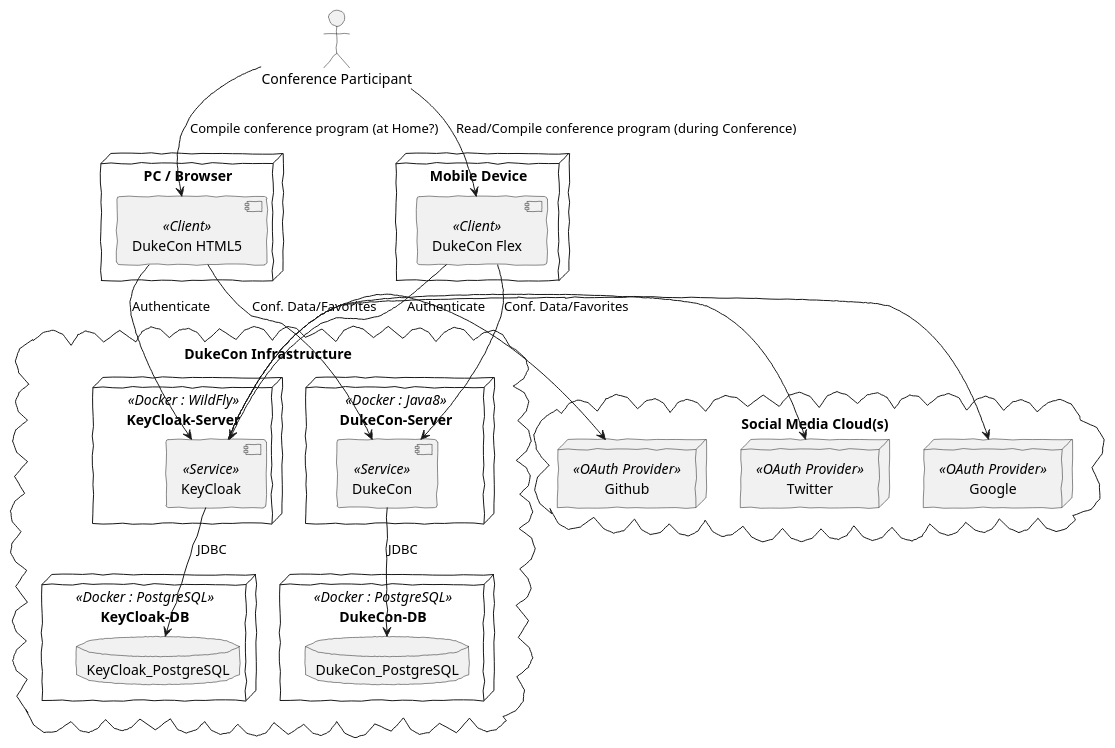
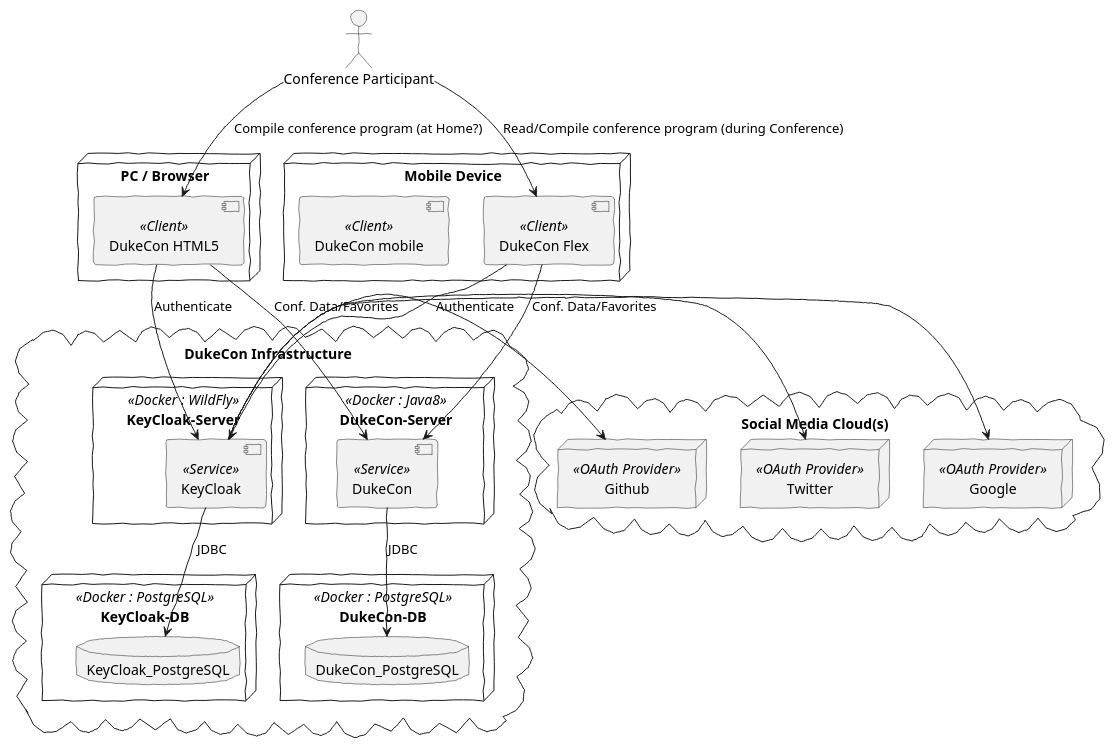
Before and after one commit to dukecon/dukecon: the diagram in src/main/asciidoc/dukecon-architecture.puml, drawn with PlantUML. The commit also changed 3 other files, not shown here.

Commit message:
add puml for html5-architecture; correct typo

```diff
--- a/src/main/asciidoc/dukecon-architecture.puml
+++ b/src/main/asciidoc/dukecon-architecture.puml
@@ -1,59 +1,59 @@
 @startuml
 skinparam handwritten true
 
 actor :Conference Participant:
 
 node "PC / Browser" {
     [DukeCon HTML5] <<Client>>
 }
 
 node "Mobile Device" {
     [DukeCon Flex] <<Client>>
-'    [DukeCon Cordova] <<Client>>
+    [DukeCon mobile] <<Client>>
 }
 
 cloud "DukeCon Infrastructure" {
     node DukeCon-Server <<Docker : Java8>> {
         [DukeCon] <<Service>>
     }
 
     node KeyCloak-Server <<Docker : WildFly>> {
         [KeyCloak] <<Service>>
     }
 
     node DukeCon-DB <<Docker : PostgreSQL>> {
         database DukeCon_PostgreSQL
     }
 
     node KeyCloak-DB <<Docker : PostgreSQL>> {
         database KeyCloak_PostgreSQL
     }
     [DukeCon] --> [DukeCon_PostgreSQL] : JDBC
     [KeyCloak] --> [KeyCloak_PostgreSQL] : JDBC
 }
 
 :Conference Participant: -down-> (DukeCon HTML5) : Compile conference program (at Home?)
 ':Conference Participant: -down-> (DukeCon Cordova) : Read/Compile conference program (during Conference)
 :Conference Participant: -down-> (DukeCon Flex) : Read/Compile conference program (during Conference)
 
 (DukeCon HTML5) -down-> (DukeCon) : Conf. Data/Favorites
 (DukeCon HTML5) -down-> (KeyCloak) : Authenticate
 
 (DukeCon Flex) -down-> (DukeCon) : Conf. Data/Favorites
 (DukeCon Flex) -down-> (KeyCloak) : Authenticate
 
 '(DukeCon Cordova) -down-> (DukeCon) : Conf. Data/Favorites
 '(DukeCon Cordova) -down-> (KeyCloak) : Authenticate
 
 cloud "Social Media Cloud(s)" {
     top to bottom direction
 
     node Github <<OAuth Provider>>
     node Google <<OAuth Provider>>
     node Twitter <<OAuth Provider>>
 }
 
 (KeyCloak) -right-> (Github)
 (KeyCloak) -right-> (Google)
 (KeyCloak) -right-> (Twitter)
 @enduml
```
